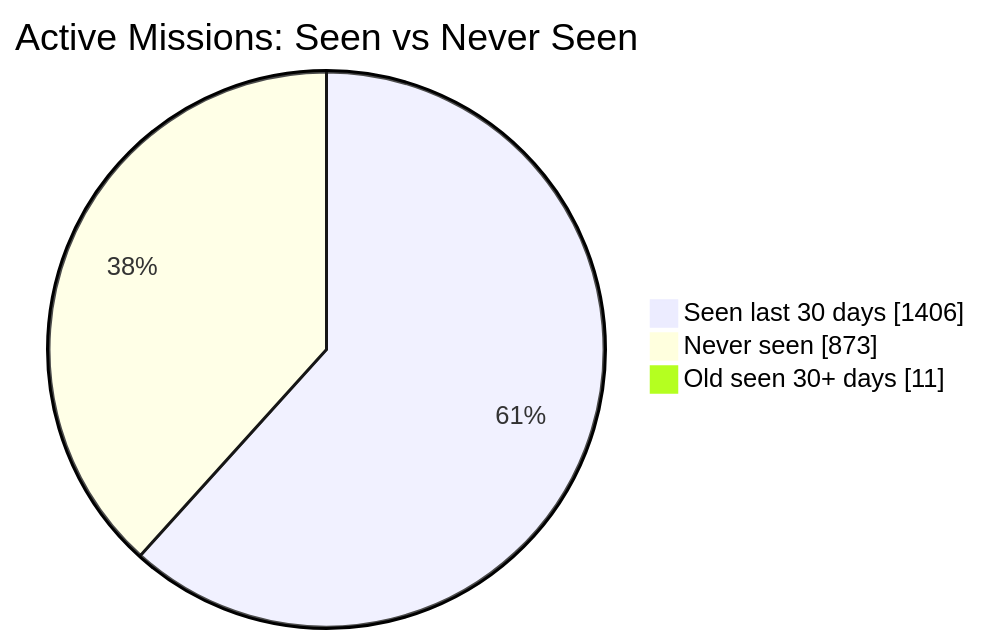
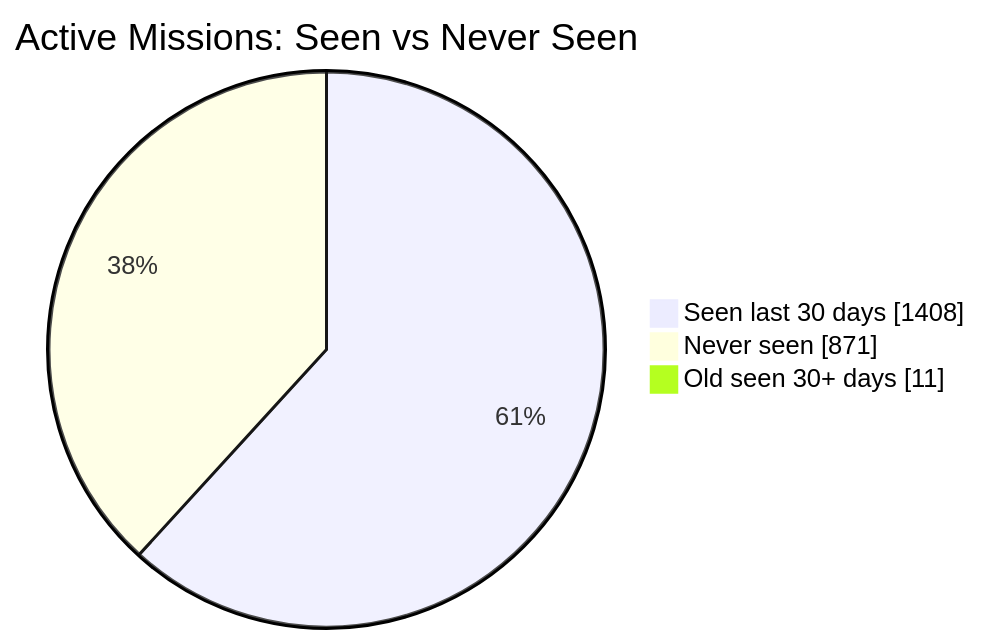
Before and after one commit to MeldkamerspelGameTeam/active-missions: the first of 2 diagrams in README.md, drawn with Mermaid. The commit also changed other lines of this file and 3 other files, not shown here.

````diff
--- a/README.md
+++ b/README.md
@@ -34,7 +34,7 @@
 ```mermaid
 pie showData
     title Active Missions: Seen vs Never Seen
-    "Seen last 30 days" : 1406
-    "Never seen" : 873
+    "Seen last 30 days" : 1408
+    "Never seen" : 871
     "Old seen 30+ days" : 11
 ```
````
